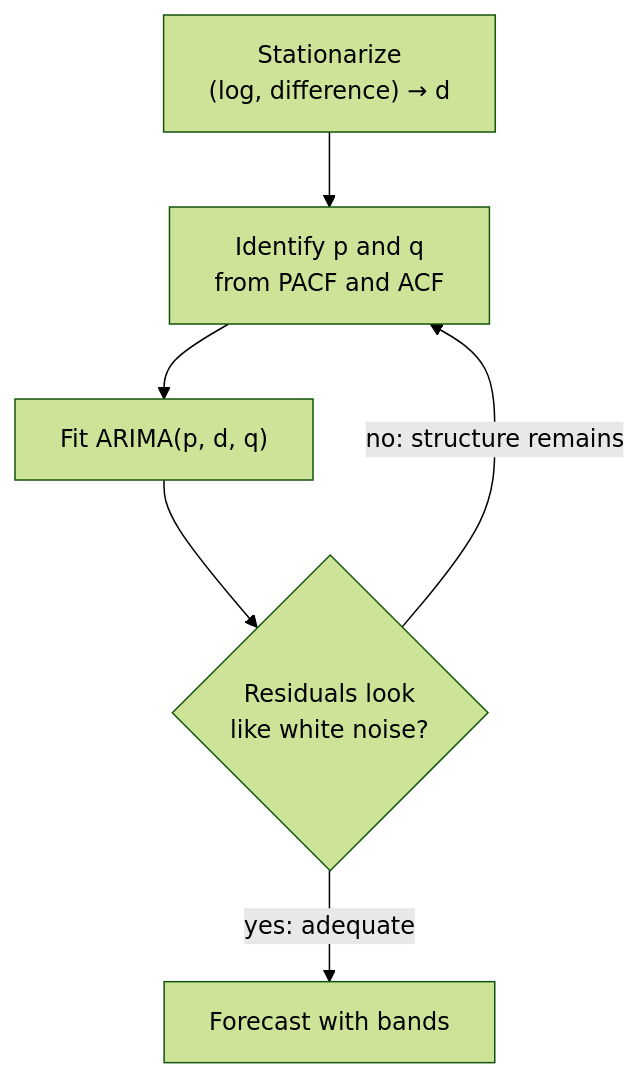
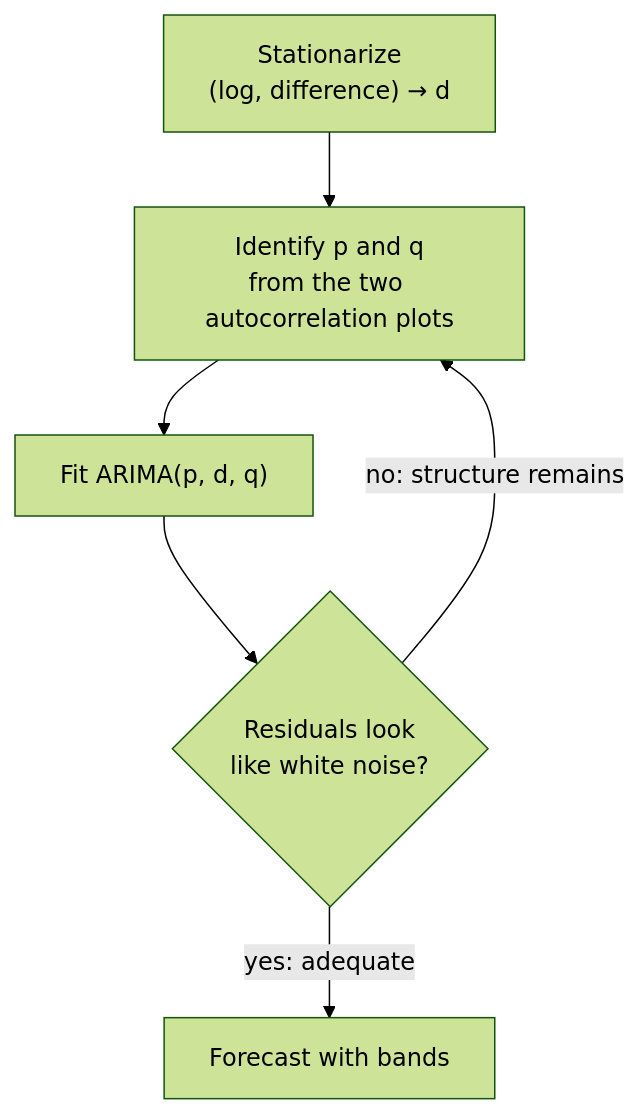
One commit to dataslope/dataslope changed the second of 2 diagrams in content/courses/time-series-analysis-python/arima-models.mdx. Above: the diagram before and after it, drawn with Mermaid (forest theme). The commit also changed other lines of this file and 411 other files, not shown here.

````diff
--- a/content/courses/time-series-analysis-python/arima-models.mdx
+++ b/content/courses/time-series-analysis-python/arima-models.mdx
@@ -137,8 +143,8 @@
 ```mermaid
 flowchart TD
-    A["Stationarize<br/>(log, difference) → d"] --> B["Identify p and q<br/>from PACF and ACF"]
+    A["Stationarize<br/>(log, difference) → d"] --> B["Identify p and q<br/>from the two autocorrelation plots"]
     B --> C["Fit ARIMA(p, d, q)"]
     C --> D{"Residuals look<br/>like white noise?"}
     D -->|"no: structure remains"| B
     D -->|"yes: adequate"| E["Forecast with bands"]
 ```
````
